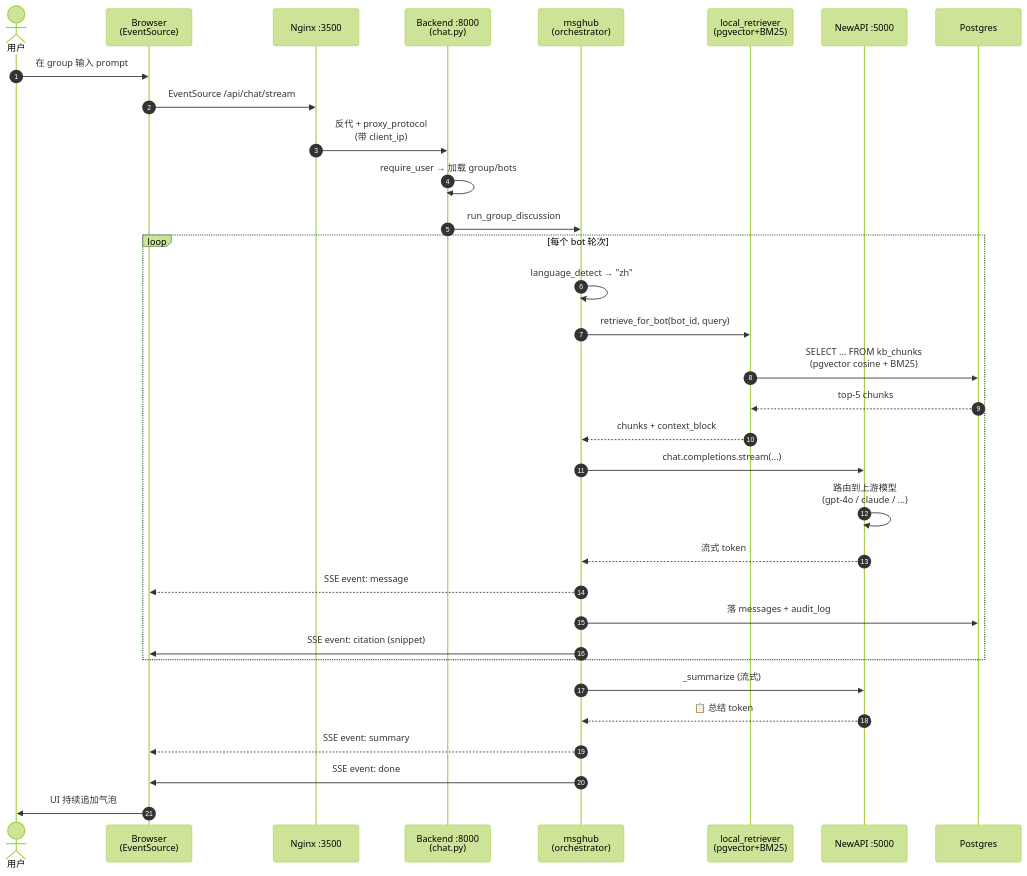
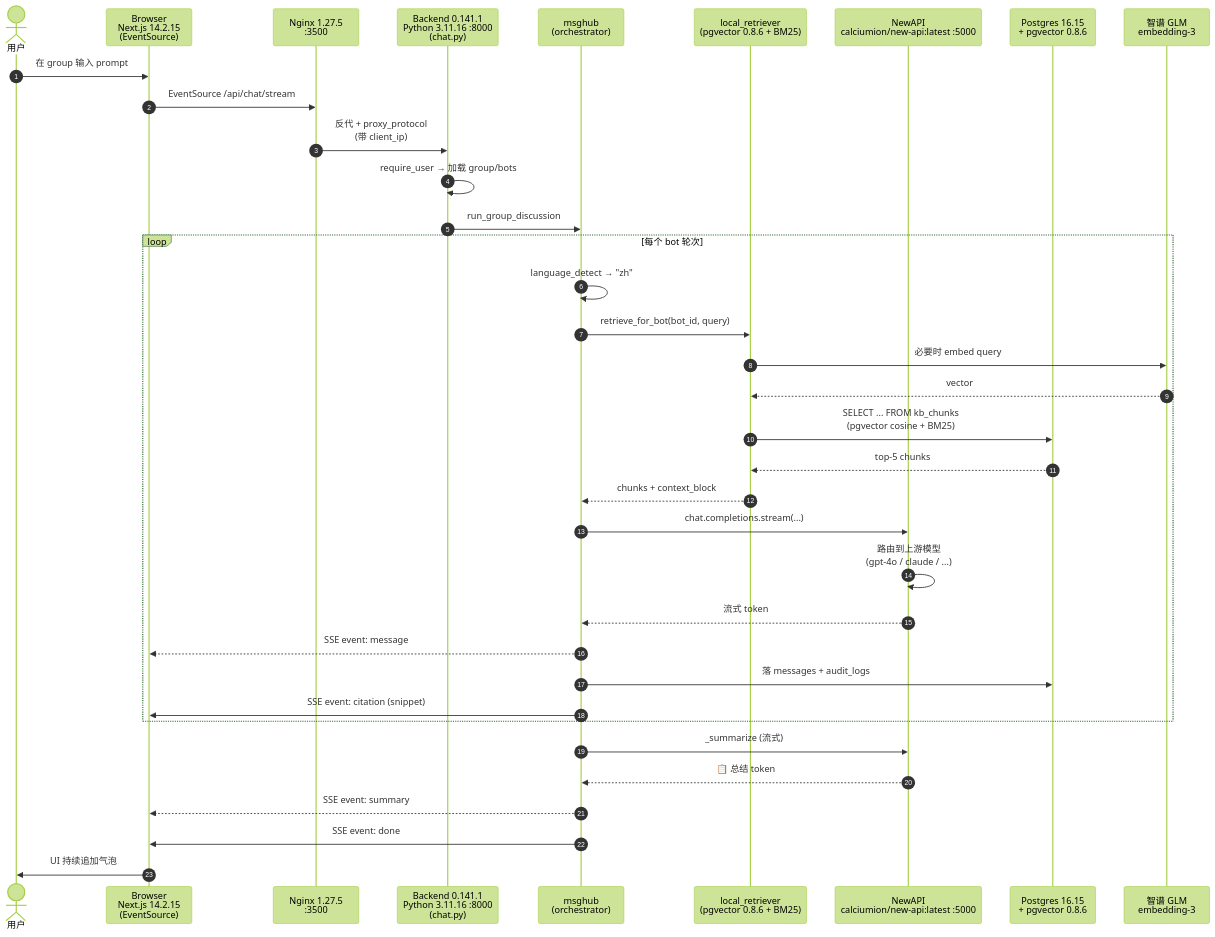
The fifth of 5 diagrams in .trae/documents/04-architecture/data-flow.md (near9h/Botalk), drawn with Mermaid (forest theme) before and after one commit. The commit also changed 5 other files, not shown here.

````diff
--- a/.trae/documents/04-architecture/data-flow.md
+++ b/.trae/documents/04-architecture/data-flow.md
@@ -340,38 +340,41 @@
 ```mermaid
 sequenceDiagram
     autonumber
     actor U as 用户
-    participant B as Browser<br/>(EventSource)
-    participant N as Nginx :3500
-    participant API as Backend :8000<br/>(chat.py)
+    participant B as Browser<br/>Next.js 14.2.15<br/>(EventSource)
+    participant N as Nginx 1.27.5<br/>:3500
+    participant API as Backend 0.141.1<br/>Python 3.11.16 :8000<br/>(chat.py)
     participant MS as msghub<br/>(orchestrator)
-    participant LR as local_retriever<br/>(pgvector+BM25)
-    participant NA as NewAPI :5000
-    participant DB as Postgres
+    participant LR as local_retriever<br/>(pgvector 0.8.6 + BM25)
+    participant NA as NewAPI<br/>calciumion/new-api:latest :5000
+    participant DB as Postgres 16.15<br/>+ pgvector 0.8.6
+    participant Z as 智谱 GLM<br/>embedding-3
 
     U->>B: 在 group 输入 prompt
     B->>N: EventSource /api/chat/stream
     N->>API: 反代 + proxy_protocol<br/>(带 client_ip)
     API->>API: require_user → 加载 group/bots
     API->>MS: run_group_discussion
 
     loop 每个 bot 轮次
         MS->>MS: language_detect → "zh"
         MS->>LR: retrieve_for_bot(bot_id, query)
+        LR->>Z: 必要时 embed query
+        Z-->>LR: vector
         LR->>DB: SELECT ... FROM kb_chunks<br/>(pgvector cosine + BM25)
         DB-->>LR: top-5 chunks
         LR-->>MS: chunks + context_block
         MS->>NA: chat.completions.stream(...)
         NA->>NA: 路由到上游模型<br/>(gpt-4o / claude / ...)
         NA-->>MS: 流式 token
         MS-->>B: SSE event: message
-        MS->>DB: 落 messages + audit_log
+        MS->>DB: 落 messages + audit_logs
         MS->>B: SSE event: citation (snippet)
     end
 
     MS->>NA: _summarize (流式)
     NA-->>MS: 📋 总结 token
     MS-->>B: SSE event: summary
     MS->>B: SSE event: done
     B->>U: UI 持续追加气泡
 ```
````
